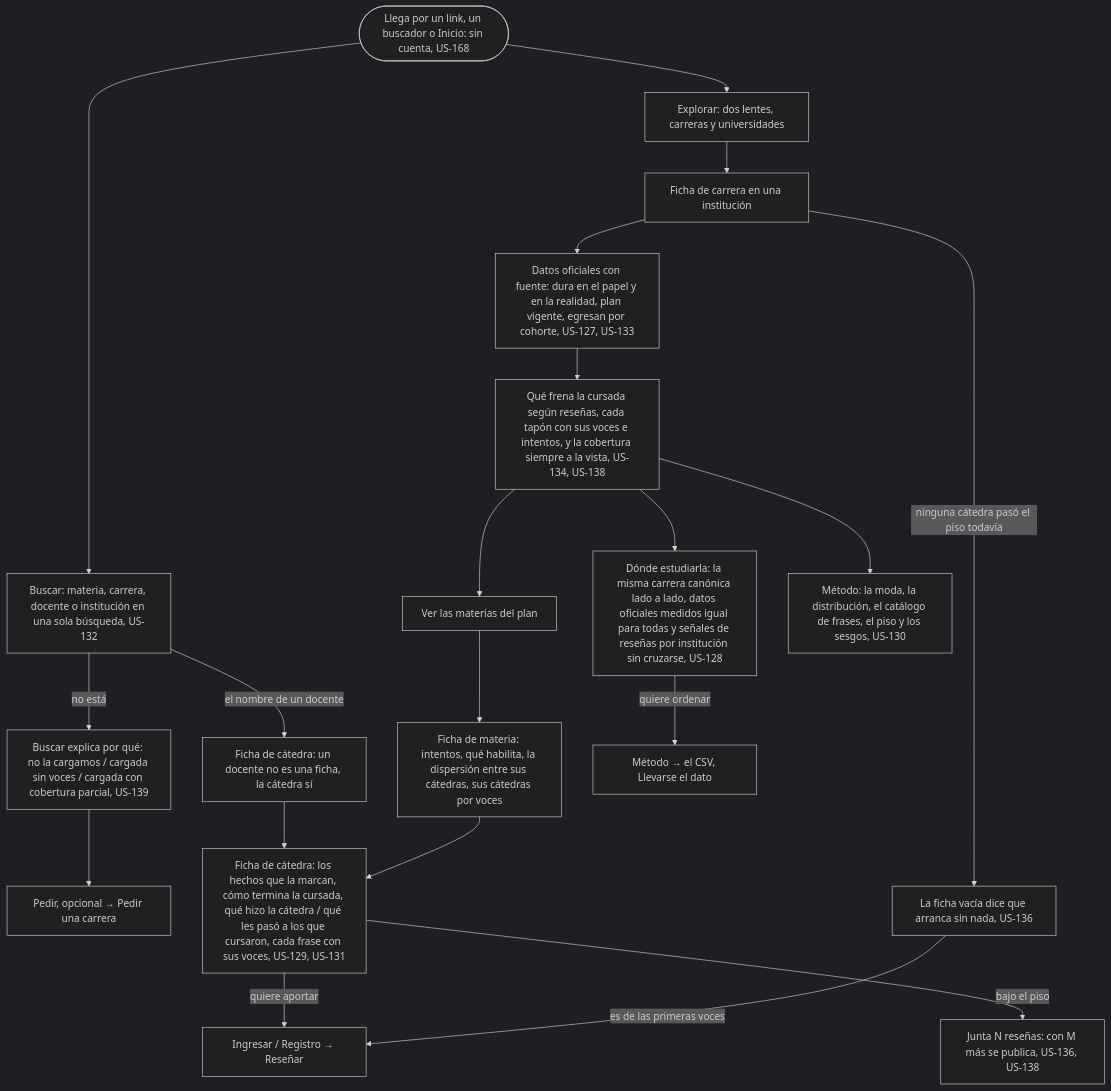
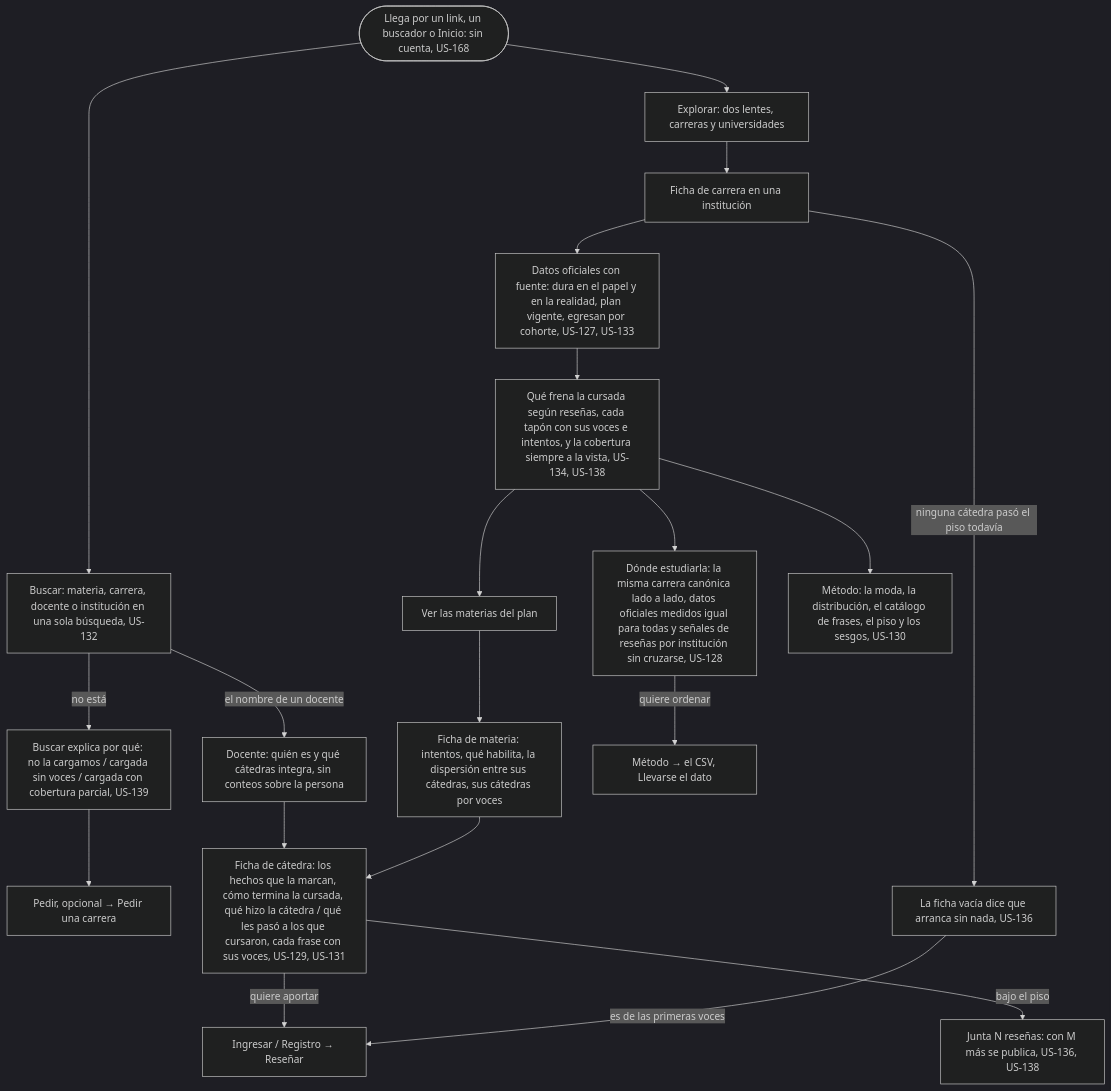
Before and after one commit to lucasidev/plan-b: the diagram in docs/product/student/choose-where-to-study/flow.md, drawn with Mermaid (dark theme). The commit also changed 16 other files, not shown here.

````diff
--- a/docs/product/student/choose-where-to-study/flow.md
+++ b/docs/product/student/choose-where-to-study/flow.md
@@ -5,22 +5,22 @@
 ```mermaid
 flowchart TD
   A([Llega por un link, un buscador o Inicio: sin cuenta, US-168]) --> B[Explorar: dos lentes, carreras y universidades]
   A --> S[Buscar: materia, carrera, docente o institución en una sola búsqueda, US-132]
-  S -->|el nombre de un docente| S1[Ficha de cátedra: un docente no es una ficha, la cátedra sí]
+  S -->|el nombre de un docente| S1[Docente: quién es y qué cátedras integra, sin conteos sobre la persona]
   S -->|no está| S2[Buscar explica por qué: no la cargamos / cargada sin voces / cargada con cobertura parcial, US-139]
   S2 --> S3[Pedir, opcional → Pedir una carrera]
   S1 --> E2
   B --> C[Ficha de carrera en una institución]
   C -->|ninguna cátedra pasó el piso todavía| C3[La ficha vacía dice que arranca sin nada, US-136]
   C --> C1[Datos oficiales con fuente: dura en el papel y en la realidad, plan vigente, egresan por cohorte, US-127, US-133]
   C1 --> C2[Qué frena la cursada según reseñas, cada tapón con sus voces e intentos, y la cobertura siempre a la vista, US-134, US-138]
   C2 --> D[Ver las materias del plan]
   D --> E[Ficha de materia: intentos, qué habilita, la dispersión entre sus cátedras, sus cátedras por voces]
   E --> E2[Ficha de cátedra: los hechos que la marcan, cómo termina la cursada, qué hizo la cátedra / qué les pasó a los que cursaron, cada frase con sus voces, US-129, US-131]
   E2 -->|bajo el piso| E1[Junta N reseñas: con M más se publica, US-136, US-138]
   C2 --> F[Dónde estudiarla: la misma carrera canónica lado a lado, datos oficiales medidos igual para todas y señales de reseñas por institución sin cruzarse, US-128]
   F -->|quiere ordenar| F2[Método → el CSV, Llevarse el dato]
   C2 --> G[Método: la moda, la distribución, el catálogo de frases, el piso y los sesgos, US-130]
   E2 -->|quiere aportar| H[Ingresar / Registro → Reseñar]
   C3 -->|es de las primeras voces| H
 ```
````
